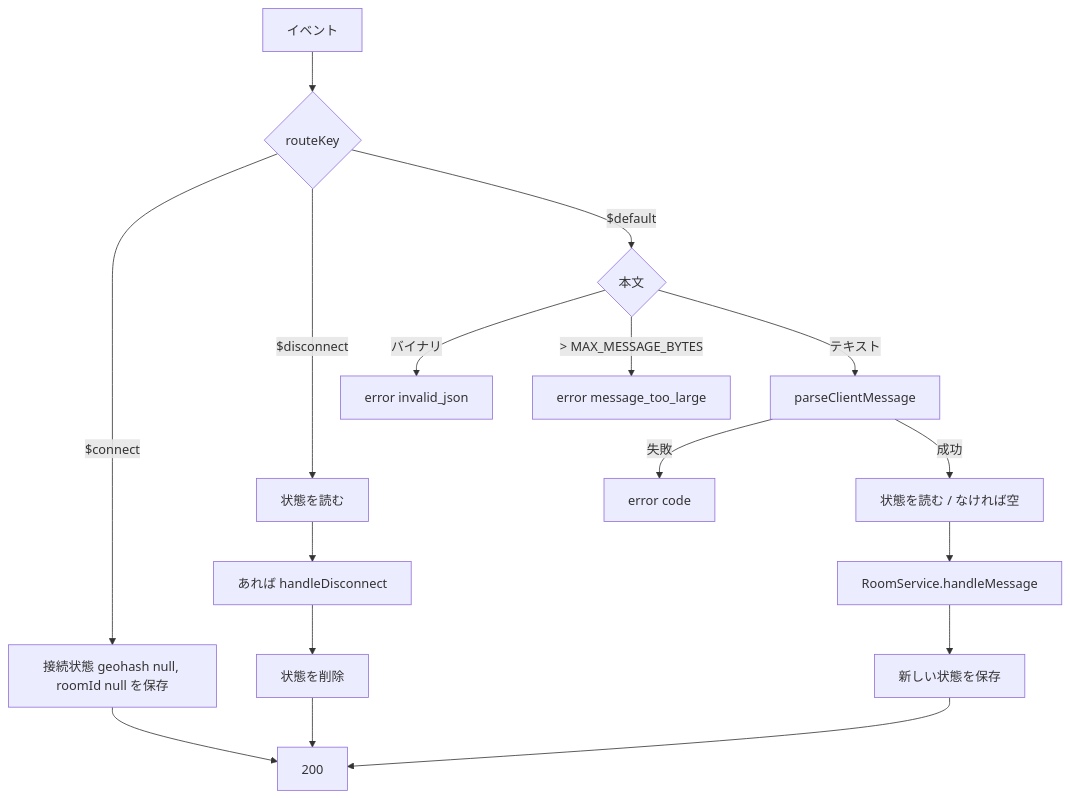
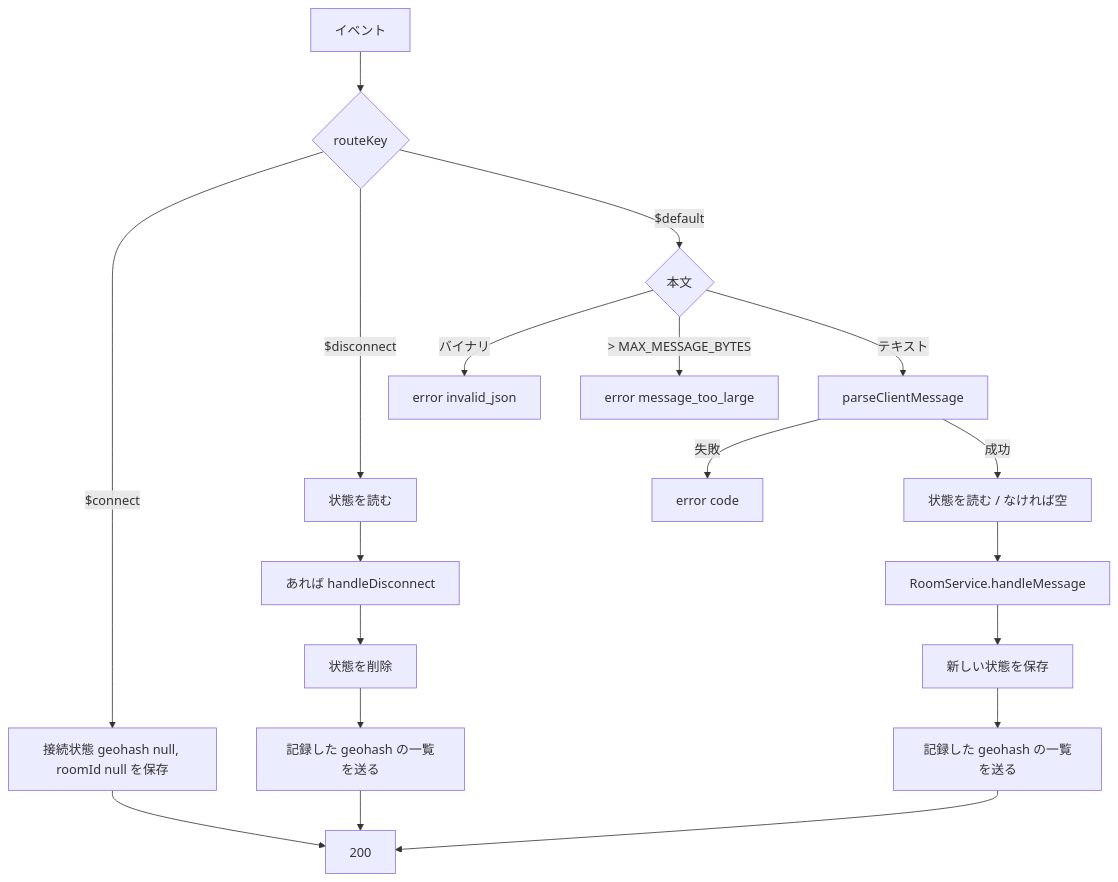
The third of 3 diagrams in .kiro/specs/aws-deploy/design.md (naota444/Kiroween), drawn with Mermaid before and after one commit. The commit also changed other lines of this file and 2 other files, not shown here.

````diff
--- a/.kiro/specs/aws-deploy/design.md
+++ b/.kiro/specs/aws-deploy/design.md
@@ -170,12 +170,12 @@
 ```mermaid
 flowchart TD
   e[イベント] --> r{routeKey}
   r -- $connect --> c1[接続状態 geohash null, roomId null を保存] --> ok[200]
-  r -- $disconnect --> d1[状態を読む] --> d2[あれば handleDisconnect] --> d3[状態を削除] --> ok
+  r -- $disconnect --> d1[状態を読む] --> d2[あれば handleDisconnect] --> d3[状態を削除] --> f1[記録した geohash の一覧を送る] --> ok
   r -- $default --> b{本文}
   b -- バイナリ --> e1[error invalid_json]
   b -- "> MAX_MESSAGE_BYTES" --> e2[error message_too_large]
   b -- テキスト --> p[parseClientMessage]
   p -- 失敗 --> e3[error code]
-  p -- 成功 --> s[状態を読む / なければ空] --> h[RoomService.handleMessage] --> w[新しい状態を保存] --> ok
+  p -- 成功 --> s[状態を読む / なければ空] --> h[RoomService.handleMessage] --> w[新しい状態を保存] --> f2[記録した geohash の一覧を送る] --> ok
 ```
````
